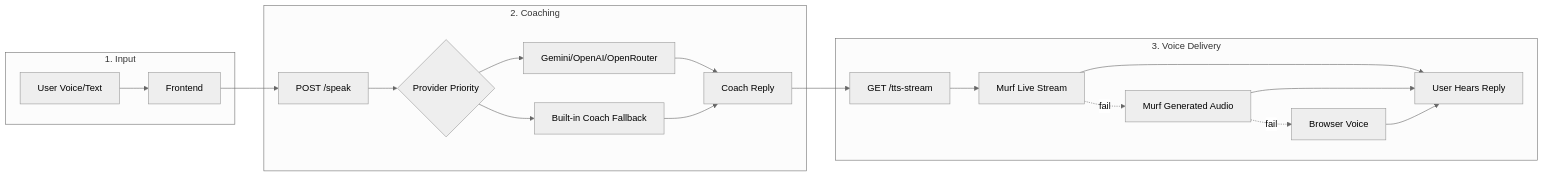
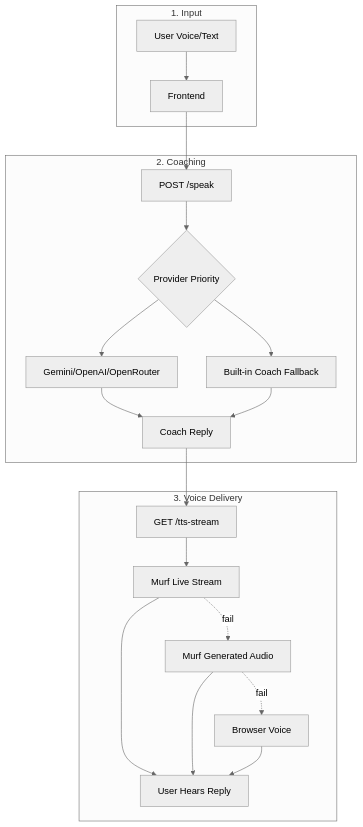
The first of 2 diagrams in README.md (athiq2u/MoonSpeak-AI), drawn with Mermaid (neutral theme) before and after one commit.

Commit message:
docs: stack system flowchart sections vertically

````diff
--- a/README.md
+++ b/README.md
@@ -64,31 +64,31 @@
 ```mermaid
-flowchart LR
+flowchart TD
   subgraph S1[1. Input]
     U[User Voice/Text]
     FE[Frontend]
     U --> FE
   end
 
   subgraph S2[2. Coaching]
     API[POST /speak]
     PRI{Provider Priority}
     LIVE[Gemini/OpenAI/OpenRouter]
     FALL[Built-in Coach Fallback]
     REPLY[Coach Reply]
     FE --> API --> PRI
     PRI --> LIVE --> REPLY
     PRI --> FALL --> REPLY
   end
 
   subgraph S3[3. Voice Delivery]
     TTS[GET /tts-stream]
     STREAM[Murf Live Stream]
     GEN[Murf Generated Audio]
     BROWSER[Browser Voice]
     PLAY[User Hears Reply]
     REPLY --> TTS --> STREAM
     STREAM --> PLAY
     STREAM -. fail .-> GEN --> PLAY
     GEN -. fail .-> BROWSER --> PLAY
   end
 ```
````
